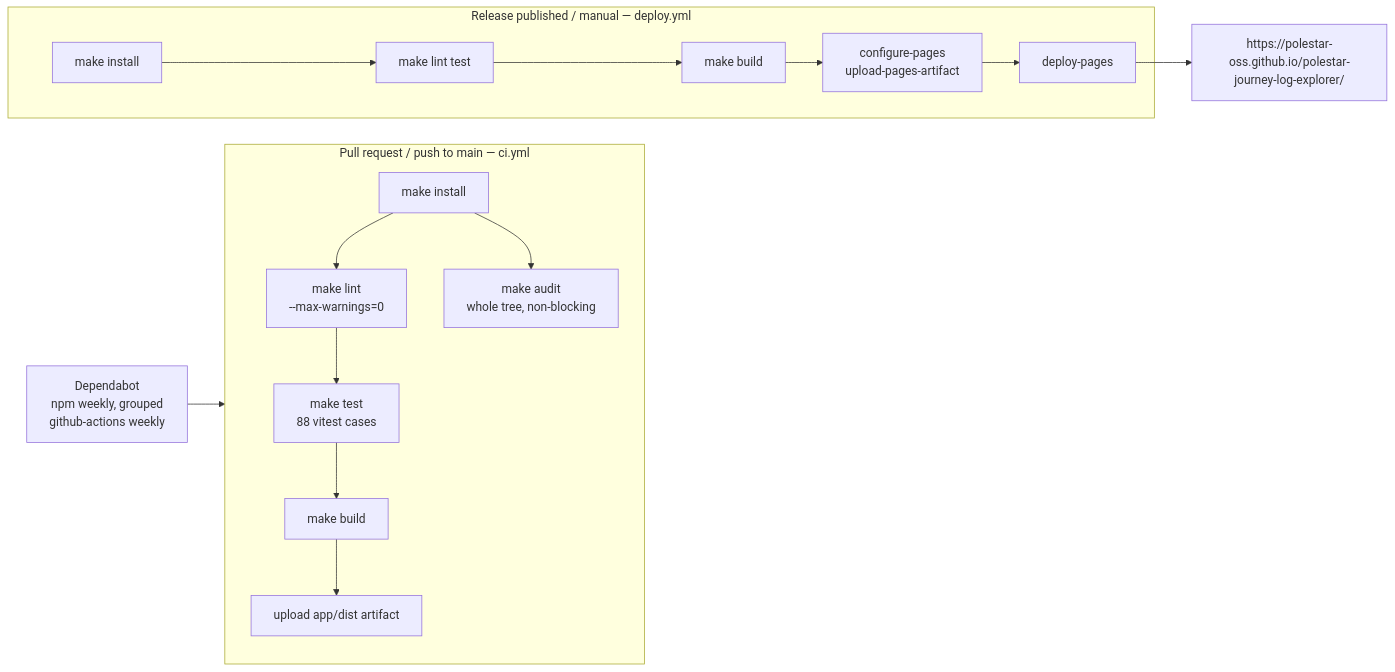
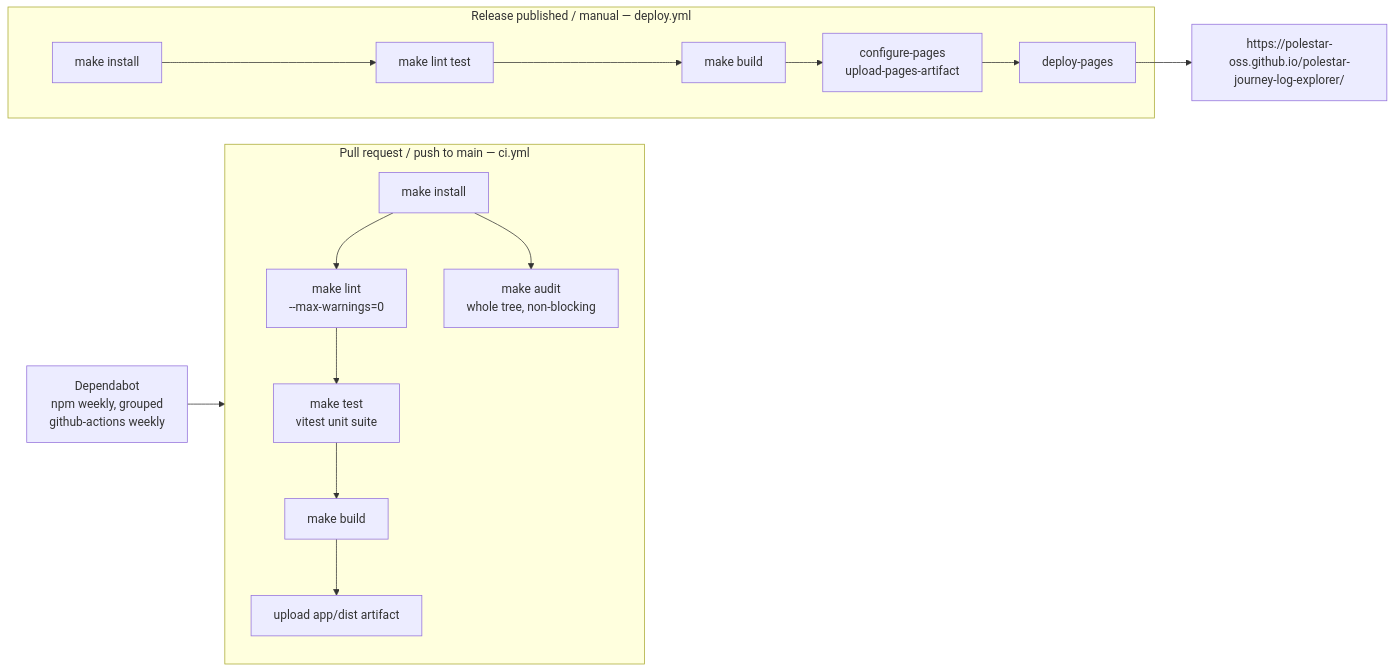
One commit to Polestar-OSS/polestar-journey-log-explorer changed the diagram in docs/diagrams/deployment-process.md. Above: the diagram before and after it, drawn with Mermaid. The commit also changed 7 other files, not shown here.

````diff
--- a/docs/diagrams/deployment-process.md
+++ b/docs/diagrams/deployment-process.md
@@ -3,12 +3,12 @@
 ```mermaid
 flowchart LR
     subgraph PR["Pull request / push to main — ci.yml"]
-        I1[make install] --> L[make lint<br/>--max-warnings=0] --> T[make test<br/>88 vitest cases] --> B[make build] --> Art[upload app/dist artifact]
+        I1[make install] --> L[make lint<br/>--max-warnings=0] --> T[make test<br/>vitest unit suite] --> B[make build] --> Art[upload app/dist artifact]
         I1 --> Au[make audit<br/>whole tree, non-blocking]
     end
     subgraph Release["Release published / manual — deploy.yml"]
         I2[make install] --> LT[make lint test] --> B2[make build] --> Pages[configure-pages<br/>upload-pages-artifact] --> Deploy[deploy-pages]
     end
     Dep[Dependabot<br/>npm weekly, grouped<br/>github-actions weekly] --> PR
     Deploy --> Site["https://polestar-oss.github.io/polestar-journey-log-explorer/"]
 ```
````
